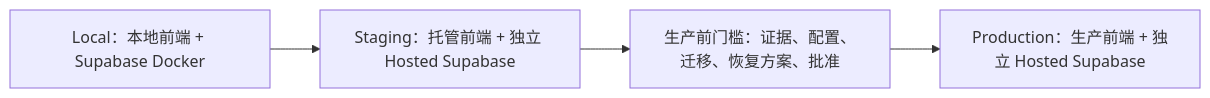
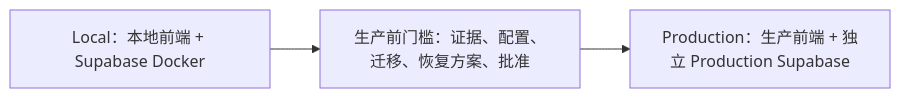
Before and after one commit to aisenhub/Aisenhubplatform: the diagram in docs/guides/development-release-workflow.md, drawn with Mermaid. The commit also changed other lines of this file and 6 other files, not shown here.

````diff
--- a/docs/guides/development-release-workflow.md
+++ b/docs/guides/development-release-workflow.md
@@ -9,6 +9,5 @@
 ```mermaid
 flowchart LR
-    L["Local：本地前端 + Supabase Docker"] --> S["Staging：托管前端 + 独立 Hosted Supabase"]
-    S --> G["生产前门槛：证据、配置、迁移、恢复方案、批准"]
-    G --> P["Production：生产前端 + 独立 Hosted Supabase"]
+    L["Local：本地前端 + Supabase Docker"] --> G["生产前门槛：证据、配置、迁移、恢复方案、批准"]
+    G --> P["Production：生产前端 + 独立 Production Supabase"]
 ```
````
